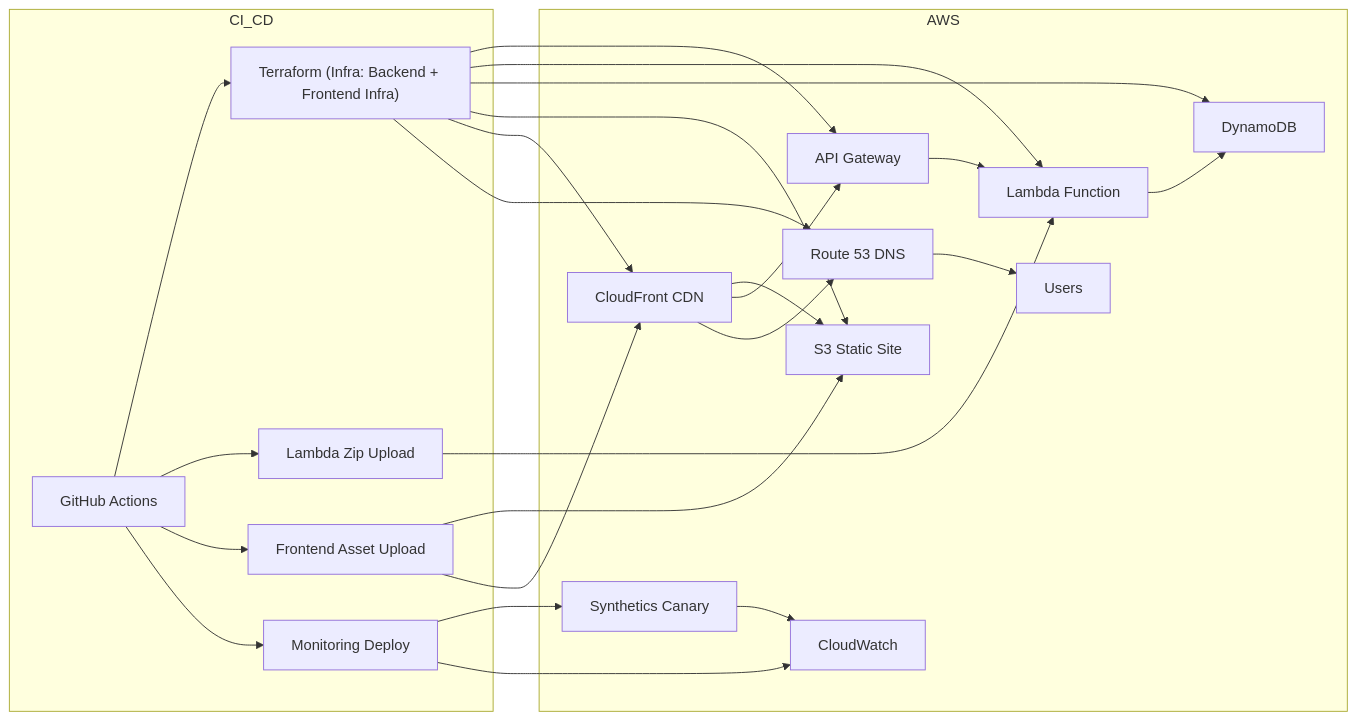
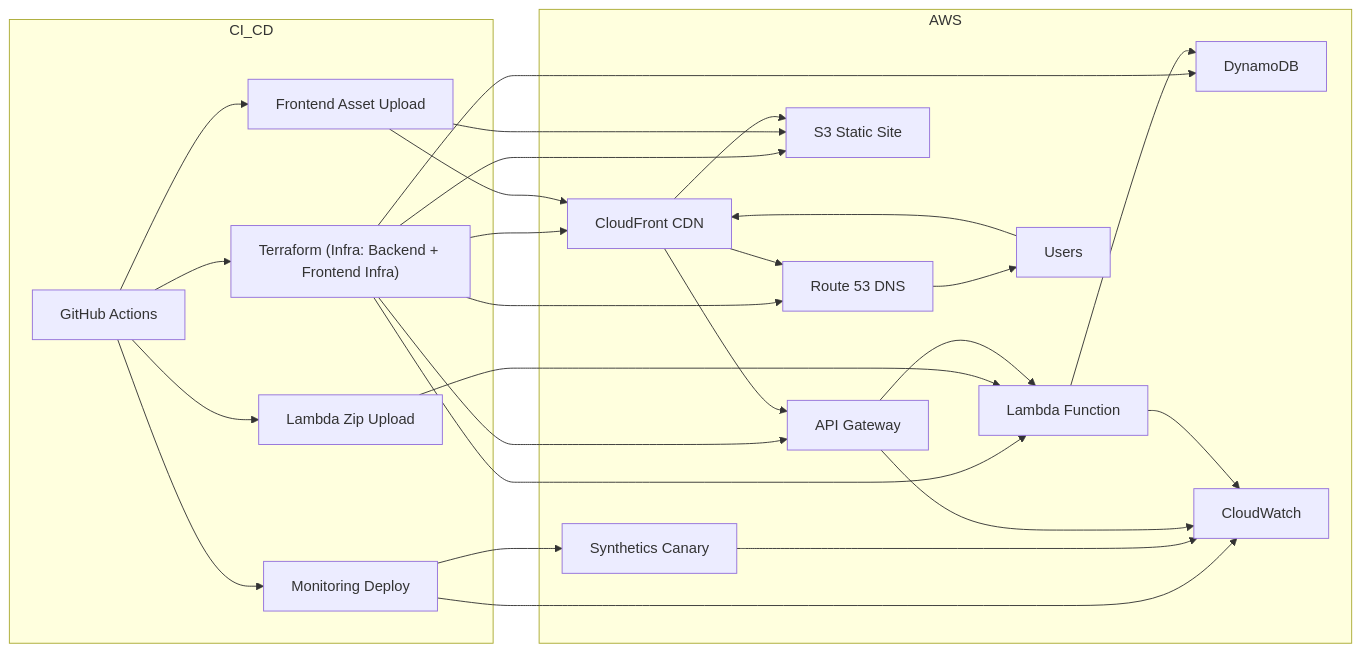
One commit to hybridmulticloud/overview changed the sixth of 6 diagrams in README_9.md. Above: the diagram before and after it, drawn with Mermaid.

````diff
--- a/README_9.md
+++ b/README_9.md
@@ -142,34 +142,39 @@
 ```mermaid
 flowchart LR
   GH[GitHub Actions]
 
   subgraph CI_CD
     GH --> TF["Terraform (Infra: Backend + Frontend Infra)"]
     GH --> LD["Lambda Zip Upload"]
     GH --> FD["Frontend Asset Upload"]
     GH --> MD["Monitoring Deploy"]
   end
 
   subgraph AWS
     TF --> APIGW["API Gateway"]
     TF --> Lambda["Lambda Function"]
     TF --> DynamoDB["DynamoDB"]
     TF --> S3["S3 Static Site"]
     TF --> CF["CloudFront CDN"]
     TF --> Route53["Route 53 DNS"]
 
     LD --> Lambda
     FD --> S3
     FD --> CF
     MD --> Canary["Synthetics Canary"]
     MD --> CW["CloudWatch"]
     Canary --> CW
 
+    APIGW --> CW
+    Lambda --> CW
+
     CF --> S3
     CF --> APIGW
     CF --> Route53
     Route53 --> User["Users"]
+    User --> CF
+
     APIGW --> Lambda
     Lambda --> DynamoDB
   end
 ```
````
